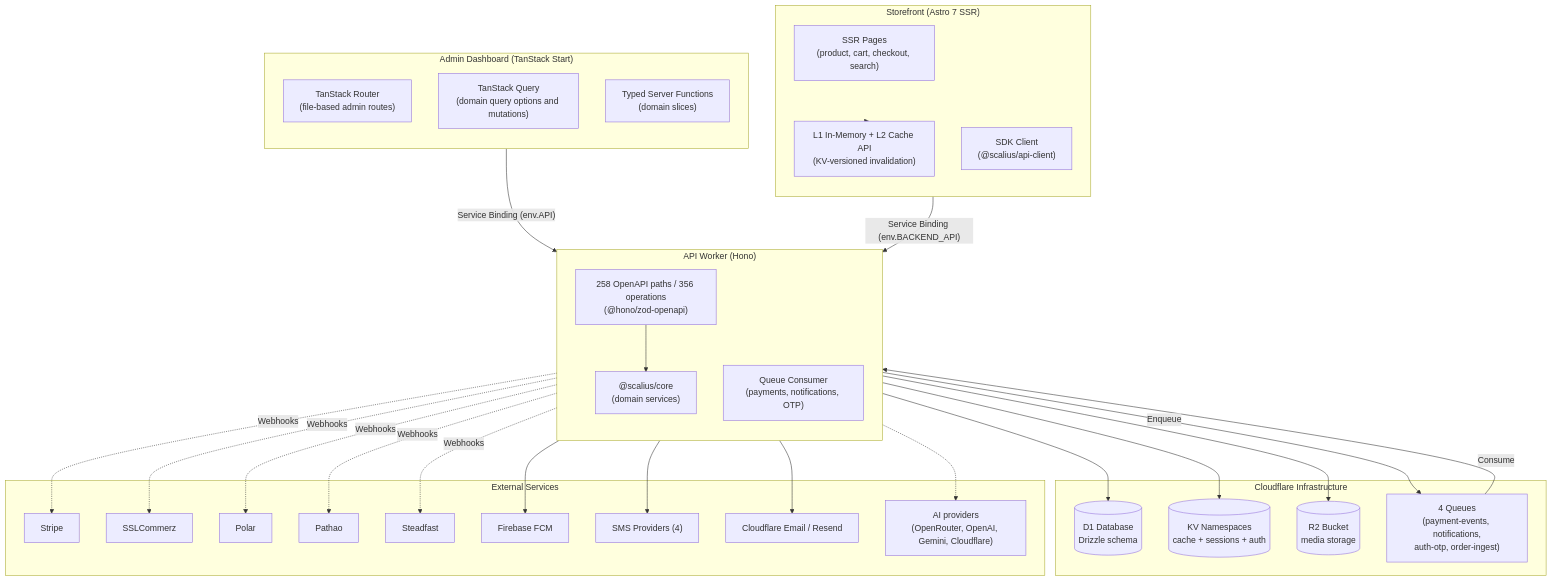
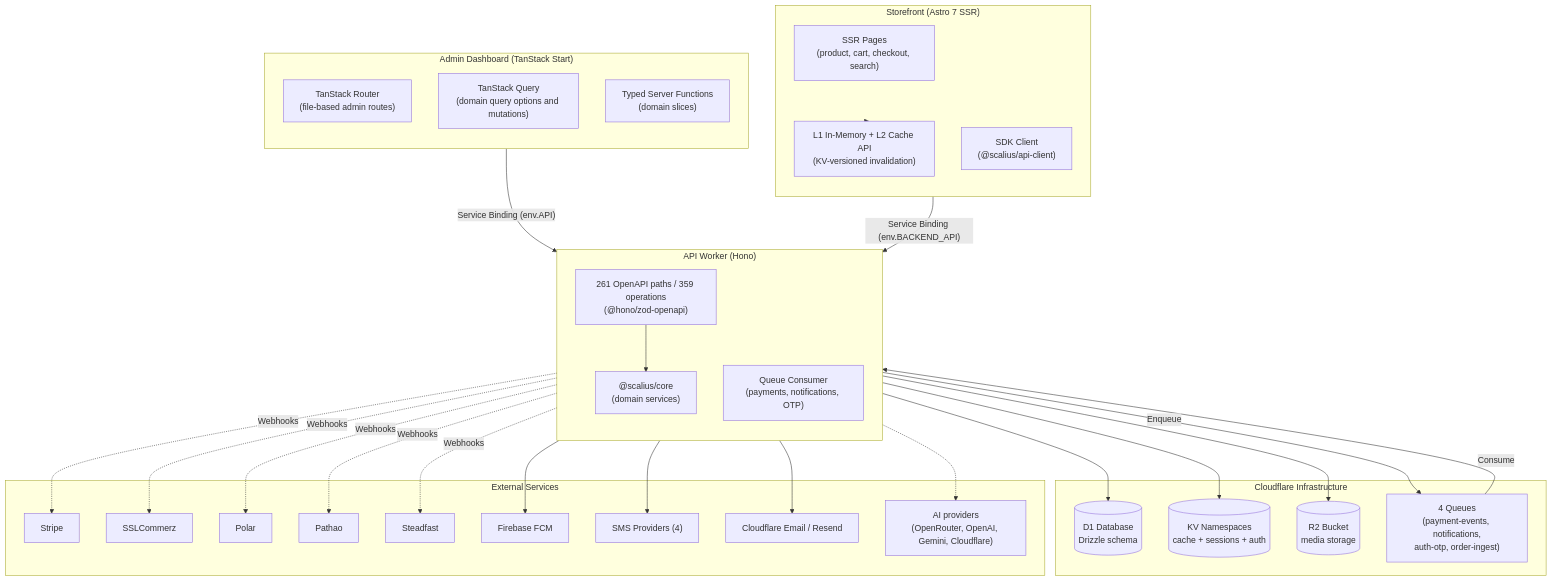
Before and after one commit to scaliuslabs/scalius-commerce-lite: the first of 3 diagrams in README.md, drawn with Mermaid. The commit also changed 33 other files, not shown here.

````diff
--- a/README.md
+++ b/README.md
@@ -87,62 +87,62 @@
 ```mermaid
 flowchart TB
     subgraph AdminV2 ["Admin Dashboard (TanStack Start)"]
         direction TB
         TSRouter["TanStack Router<br/>(file-based admin routes)"]
         TSQuery["TanStack Query<br/>(domain query options and mutations)"]
         ServerFns["Typed Server Functions<br/>(domain slices)"]
     end
 
     subgraph Storefront ["Storefront (Astro 7 SSR)"]
         direction TB
         AstroPages["SSR Pages<br/>(product, cart, checkout, search)"]
         EdgeCache["L1 In-Memory + L2 Cache API<br/>(KV-versioned invalidation)"]
         SDKClient["SDK Client<br/>(@scalius/api-client)"]
     end
 
     subgraph API ["API Worker (Hono)"]
         direction TB
-        HonoApp["258 OpenAPI paths / 356 operations<br/>(@hono/zod-openapi)"]
+        HonoApp["261 OpenAPI paths / 359 operations<br/>(@hono/zod-openapi)"]
         QueueConsumer["Queue Consumer<br/>(payments, notifications, OTP)"]
         CoreModules["@scalius/core<br/>(domain services)"]
     end
 
     subgraph Infra ["Cloudflare Infrastructure"]
         D1[(D1 Database<br/>Drizzle schema)]
         KV[(KV Namespaces<br/>cache + sessions + auth)]
         R2[(R2 Bucket<br/>media storage)]
         Queues["4 Queues<br/>(payment-events, notifications,<br/>auth-otp, order-ingest)"]
     end
 
     subgraph External ["External Services"]
         Stripe["Stripe"]
         SSLCommerz["SSLCommerz"]
         Polar["Polar"]
         Pathao["Pathao"]
         Steadfast["Steadfast"]
         Firebase["Firebase FCM"]
         SMS["SMS Providers (4)"]
         EmailProvider["Cloudflare Email / Resend"]
         AIProviders["AI providers<br/>(OpenRouter, OpenAI, Gemini, Cloudflare)"]
     end
 
     AdminV2 -->|"Service Binding (env.API)"| API
     Storefront -->|"Service Binding (env.BACKEND_API)"| API
     API --> D1
     API --> KV
     API --> R2
     API -->|Enqueue| Queues
     Queues -->|Consume| QueueConsumer
     QueueConsumer --> Firebase
     QueueConsumer --> SMS
     QueueConsumer --> EmailProvider
     HonoApp --> CoreModules
     Storefront --> EdgeCache
 
     API -.->|Webhooks| Stripe
     API -.->|Webhooks| SSLCommerz
     API -.->|Webhooks| Polar
     API -.->|Webhooks| Pathao
     API -.->|Webhooks| Steadfast
     API -.-> AIProviders
 ```
````
